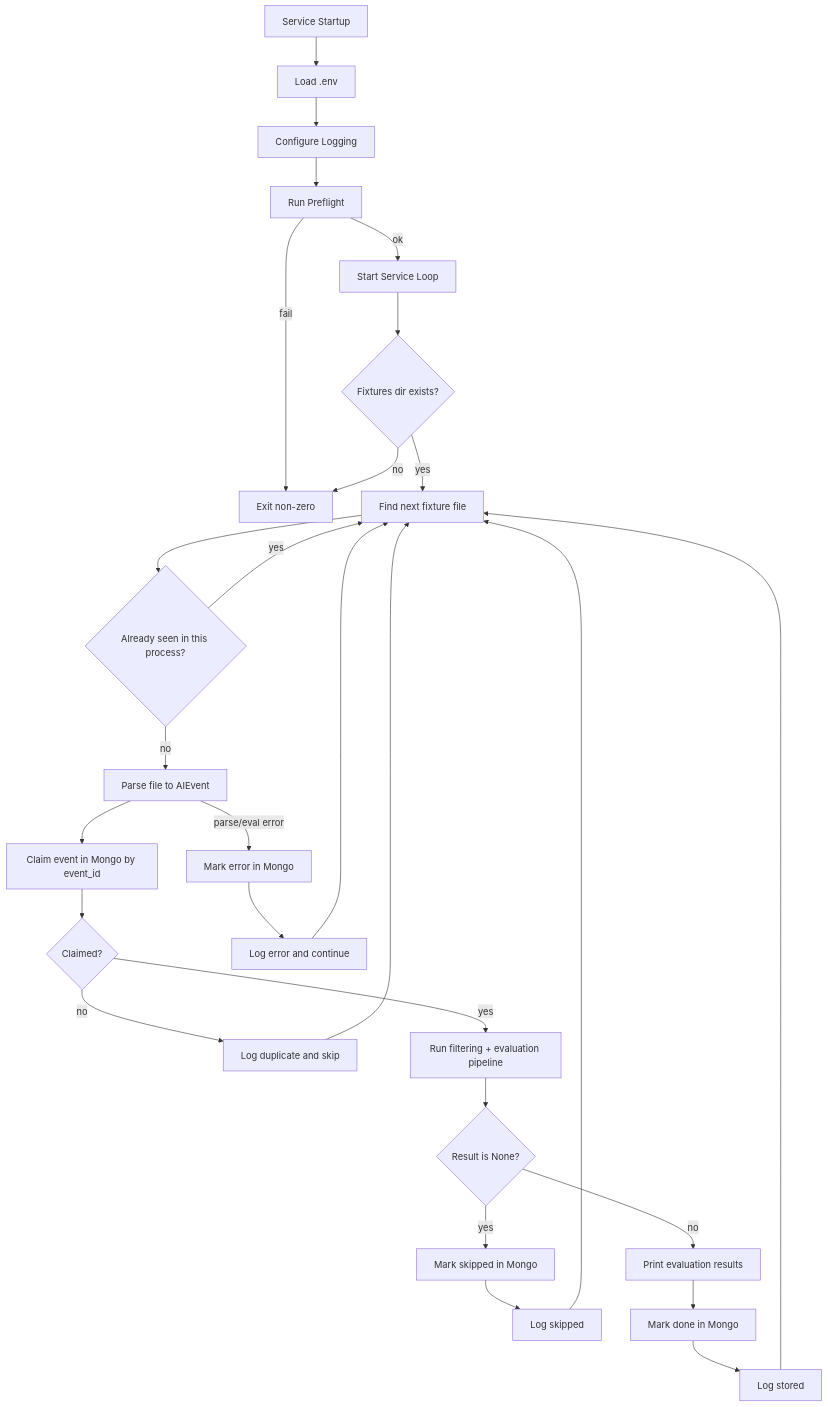
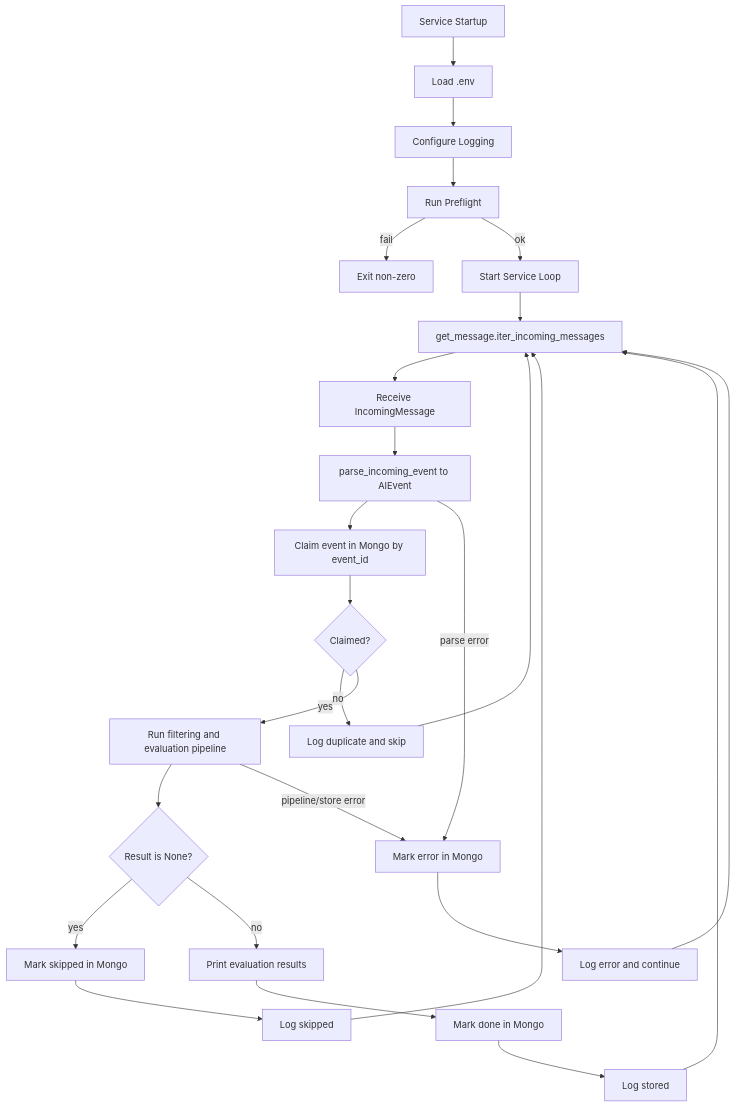
Before and after one commit to JaakkoLipp/Thesis_LLM_DeepEval_OSS: the first of 3 diagrams in docs/flowcharts.md, drawn with Mermaid. The commit also changed other lines of this file and 13 other files, not shown here.

First line of the commit message:
Refactor service and message processing architecture

````diff
--- a/docs/flowcharts.md
+++ b/docs/flowcharts.md
@@ -5,35 +5,33 @@
 ```mermaid
 flowchart TD
     A[Service Startup] --> B[Load .env]
     B --> C[Configure Logging]
     C --> D[Run Preflight]
     D -->|fail| X[Exit non-zero]
     D -->|ok| E[Start Service Loop]
 
-    E --> F{Fixtures dir exists?}
-    F -->|no| X
-    F -->|yes| G[Find next fixture file]
-    G --> H{Already seen in this process?}
-    H -->|yes| G
-    H -->|no| I[Parse file to AIEvent]
+    E --> F[get_message.iter_incoming_messages]
+    F --> G[Receive IncomingMessage]
+    G --> H[parse_incoming_event to AIEvent]
 
-    I --> J[Claim event in Mongo by event_id]
+    H --> J[Claim event in Mongo by event_id]
     J --> K{Claimed?}
     K -->|no| L[Log duplicate and skip]
-    L --> G
+    L --> F
 
-    K -->|yes| M[Run filtering + evaluation pipeline]
+    K -->|yes| M[Run filtering and evaluation pipeline]
     M --> N{Result is None?}
     N -->|yes| O[Mark skipped in Mongo]
     O --> P[Log skipped]
-    P --> G
+    P --> F
 
     N -->|no| Q[Print evaluation results]
     Q --> R[Mark done in Mongo]
     R --> S[Log stored]
-    S --> G
+    S --> F
 
-    I -->|parse/eval error| T[Mark error in Mongo]
+    H -->|parse error| T[Mark error in Mongo]
+    M -->|pipeline/store error| T
     T --> U[Log error and continue]
-    U --> G
+    U --> F
 ```
````
